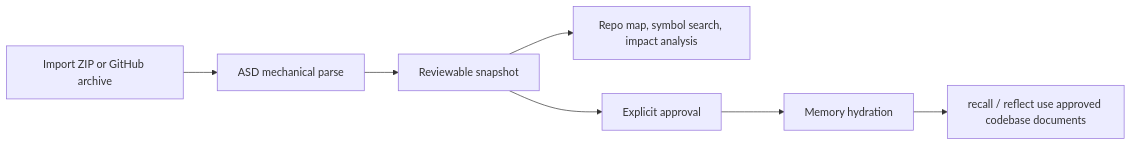
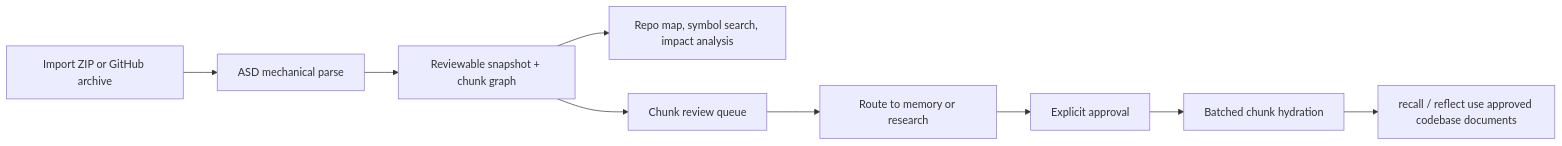
The diagram in atulya-docs/docs/developer/codebases.mdx (eight-atulya/atulya), drawn with Mermaid before and after one commit. The commit also changed other lines of this file and 17 other files, not shown here.

Commit message:
Add ASD chunk review queue for selective memory hydration

````diff
--- a/atulya-docs/docs/developer/codebases.mdx
+++ b/atulya-docs/docs/developer/codebases.mdx
@@ -68,9 +69,11 @@
 ```mermaid
 flowchart LR
     A["Import ZIP or GitHub archive"] --> B["ASD mechanical parse"]
-    B --> C["Reviewable snapshot"]
+    B --> C["Reviewable snapshot + chunk graph"]
     C --> D["Repo map, symbol search, impact analysis"]
-    C --> E["Explicit approval"]
-    E --> F["Memory hydration"]
-    F --> G["recall / reflect use approved codebase documents"]
+    C --> E["Chunk review queue"]
+    E --> F["Route to memory or research"]
+    F --> G["Explicit approval"]
+    G --> H["Batched chunk hydration"]
+    H --> I["recall / reflect use approved codebase documents"]
 ```
````
